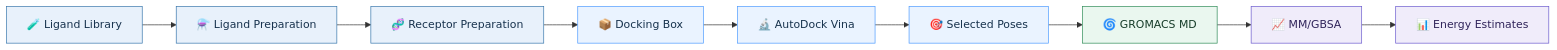
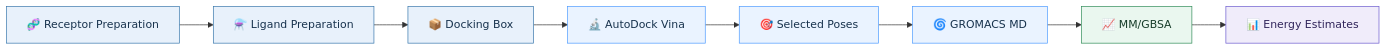
The first of 4 diagrams in README.md (halgocom/yeast), drawn with Mermaid before and after one commit. The commit also changed other lines of this file, not shown here.

````diff
--- a/README.md
+++ b/README.md
@@ -32,22 +32,22 @@
 ```mermaid
 flowchart LR
 
-    A["🧪 Ligand Library"] --> B["⚗️ Ligand Preparation"]
-    B --> C["🧬 Receptor Preparation"]
-    C --> D["📦 Docking Box"]
-    D --> E["🔬 AutoDock Vina"]
-    E --> F["🎯 Selected Poses"]
-    F --> G["🌀 GROMACS MD"]
-    G --> H["📈 MM/GBSA"]
-    H --> I["📊 Energy Estimates"]
+    A["🧬 Receptor Preparation"] --> B["⚗️ Ligand Preparation"]
+
+    B --> C["📦 Docking Box"]
+    C --> D["🔬 AutoDock Vina"]
+    D --> E["🎯 Selected Poses"]
+    E --> F["🌀 GROMACS MD"]
+    F --> G["📈 MM/GBSA"]
+    G --> H["📊 Energy Estimates"]
 
     classDef ligand fill:#E8F1FB,stroke:#3776AB,color:#17324D
     classDef docking fill:#EAF3FF,stroke:#4C9AFF,color:#17324D
     classDef md fill:#EAF7EF,stroke:#2E8B57,color:#173D2A
     classDef analysis fill:#F0ECFA,stroke:#6A5ACD,color:#30245A
 
     class A,B,C ligand
     class D,E,F docking
     class G md
     class H,I analysis
 ```
````
